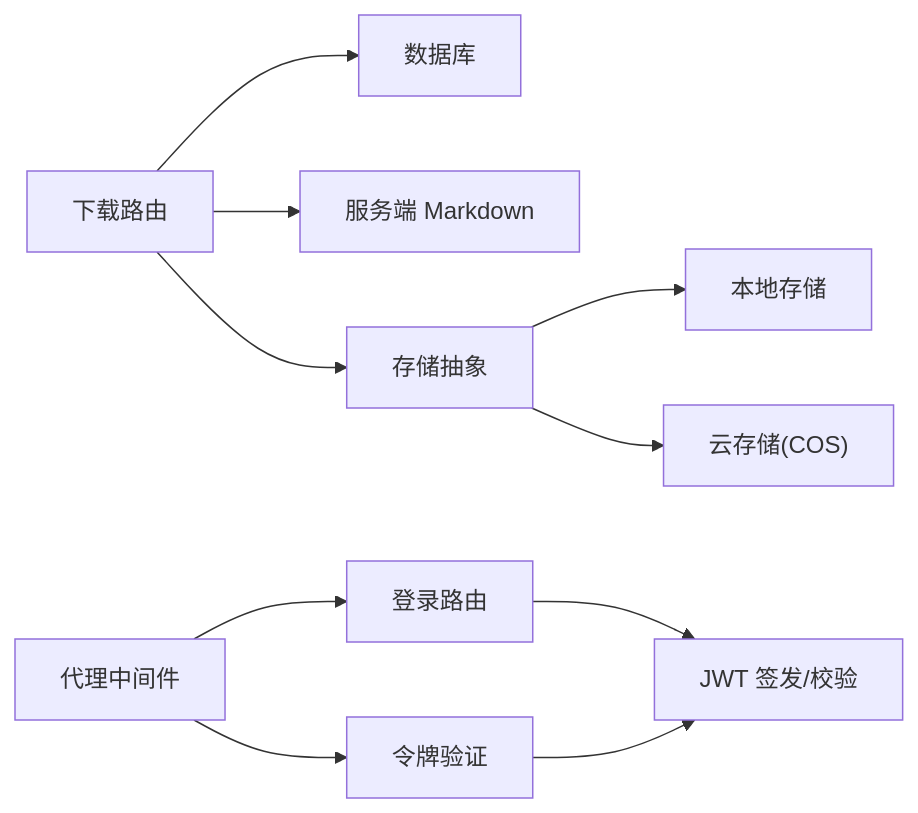
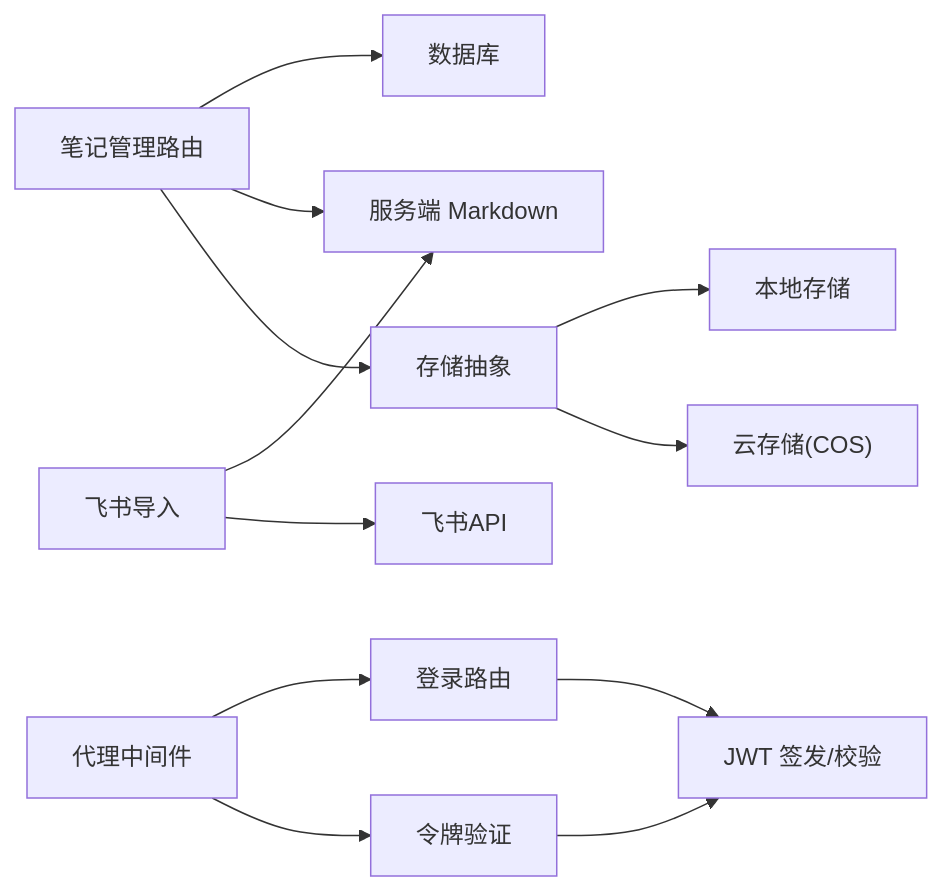
Before and after one commit to BlackBoxRecorder/uninote: the fourth of 4 diagrams in .qoder/repowiki/zh/content/API 接口文档/笔记 API/笔记下载接口.md, drawn with Mermaid. The commit also changed other lines of this file and 7 other files, not shown here.

````diff
--- a/.qoder/repowiki/zh/content/API 接口文档/笔记 API/笔记下载接口.md
+++ b/.qoder/repowiki/zh/content/API 接口文档/笔记 API/笔记下载接口.md
@@ -315,12 +382,14 @@
 ```mermaid
 graph LR
-DL["下载路由"] --> DB["数据库"]
-DL --> SM["服务端 Markdown"]
-DL --> ST["存储抽象"]
+NOTES["笔记管理路由"] --> DB["数据库"]
+NOTES --> SM["服务端 Markdown"]
+NOTES --> ST["存储抽象"]
 ST --> LS["本地存储"]
 ST --> CS["云存储(COS)"]
 AUTH["登录路由"] --> JWT["JWT 签发/校验"]
 VERIFY["令牌验证"] --> JWT
 PROXY["代理中间件"] --> AUTH
 PROXY --> VERIFY
+LARK["飞书导入"] --> SM
+LARK --> FEISHU["飞书API"]
 ```
````
